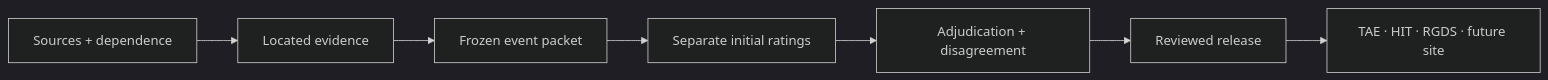
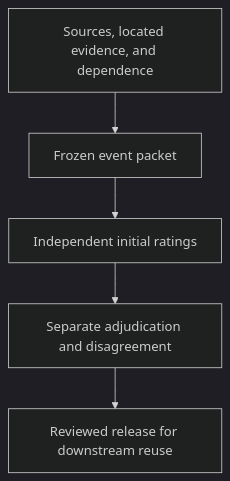
The diagram in README.md (node-and-norm/node-norm-control-evidence), drawn with Mermaid (dark theme) before and after one commit.

Commit message:
Keep the evidence diagram legible in narrow repository views

````diff
--- a/README.md
+++ b/README.md
@@ -53,9 +53,7 @@
 ```mermaid
-flowchart LR
-    S["Sources + dependence"] --> E["Located evidence"]
-    E --> P["Frozen event packet"]
-    P --> A["Separate initial ratings"]
-    A --> J["Adjudication + disagreement"]
-    J --> R["Reviewed release"]
-    R --> D["TAE · HIT · RGDS · future site"]
+flowchart TB
+    S["Sources, located evidence, and dependence"] --> P["Frozen event packet"]
+    P --> A["Independent initial ratings"]
+    A --> J["Separate adjudication and disagreement"]
+    J --> R["Reviewed release for downstream reuse"]
 ```
````
